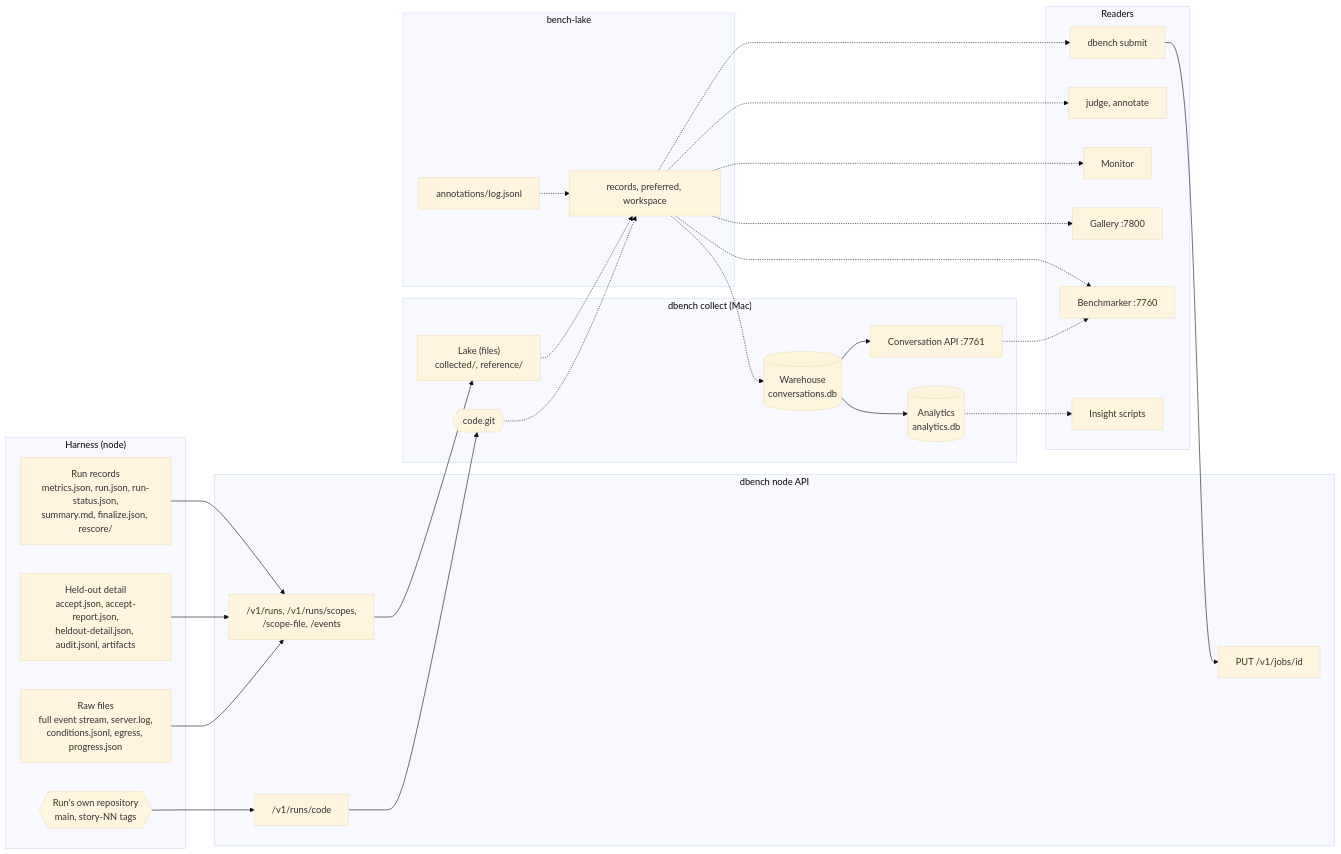
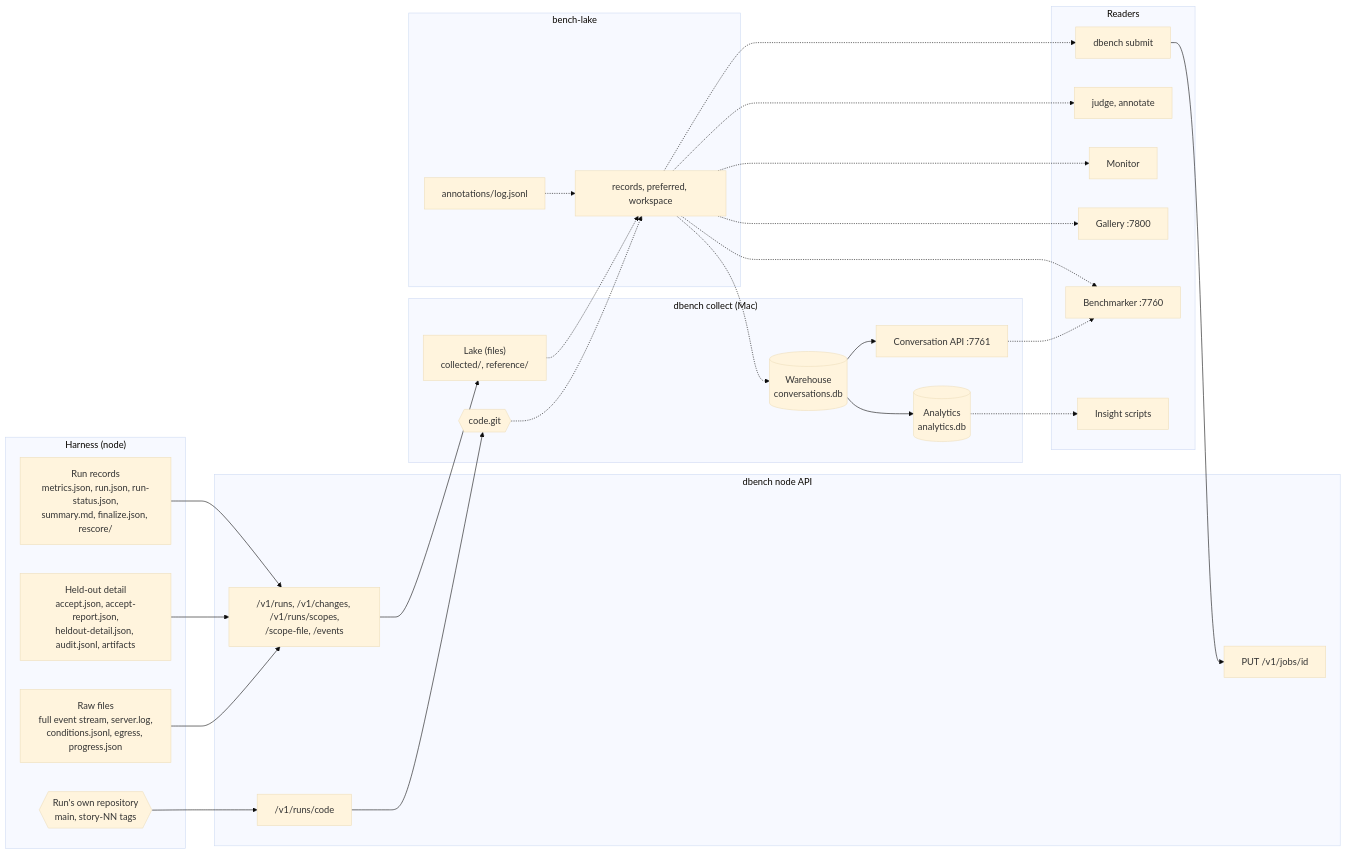
The second of 9 diagrams in docs/dataflow.md (boxabirds/awesome-local-ai), drawn with Mermaid (base theme) before and after one commit. The commit also changed other lines of this file and 3 other files, not shown here.

````diff
--- a/docs/dataflow.md
+++ b/docs/dataflow.md
@@ -159,54 +163,54 @@
 ```mermaid
 flowchart LR
   subgraph HARNESS["Harness (node)"]
     E_REC["Run records<br/>metrics.json, run.json, run-status.json,<br/>summary.md, finalize.json, rescore/"]
     E_HELD["Held-out detail<br/>accept.json, accept-report.json,<br/>heldout-detail.json, audit.jsonl, artifacts"]
     E_RAW["Raw files<br/>full event stream, server.log,<br/>conditions.jsonl, egress, progress.json"]
     E_CODE{{"Run's own repository<br/>main, story-NN tags"}}
   end
   subgraph NODEAPI["dbench node API"]
-    N_RUNS["/v1/runs, /v1/runs/scopes,<br/>/scope-file, /events"]
+    N_RUNS["/v1/runs, /v1/changes, /v1/runs/scopes,<br/>/scope-file, /events"]
     N_CODE["/v1/runs/code"]
     N_JOBS["PUT /v1/jobs/id"]
   end
   subgraph COLLECT["dbench collect (Mac)"]
     C_LAKE["Lake (files)<br/>collected/, reference/"]
     C_CODE{{"code.git"}}
     C_WH[("Warehouse<br/>conversations.db")]
     C_AN[("Analytics<br/>analytics.db")]
     C_API["Conversation API :7761"]
   end
   subgraph LAKELIB["bench-lake"]
     B_READ["records, preferred, workspace"]
     B_ANN["annotations/log.jsonl"]
   end
   subgraph READERS["Readers"]
     R_BM["Benchmarker :7760"]
     R_GAL["Gallery :7800"]
     R_MON["Monitor"]
     R_HT["judge, annotate"]
     R_INS["Insight scripts"]
     R_SUB["dbench submit"]
   end
 
   E_REC --> N_RUNS
   E_HELD --> N_RUNS
   E_RAW --> N_RUNS
   E_CODE --> N_CODE
   N_RUNS --> C_LAKE
   N_CODE --> C_CODE
   C_LAKE -.-> B_READ
   C_CODE -.-> B_READ
   B_ANN -.-> B_READ
   B_READ -.-> C_WH
   C_WH --> C_AN
   C_WH --> C_API
   B_READ -.-> R_BM
   C_API -.-> R_BM
   B_READ -.-> R_GAL
   B_READ -.-> R_MON
   B_READ -.-> R_HT
   C_AN -.-> R_INS
   B_READ -.-> R_SUB
   R_SUB --> N_JOBS
 ```
````
